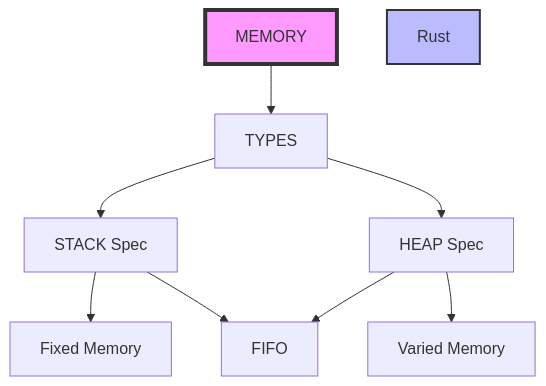
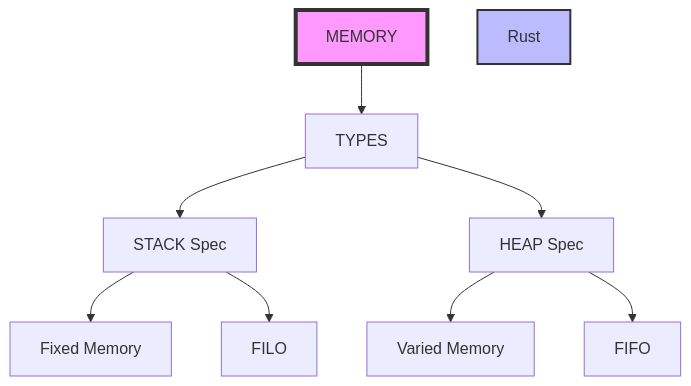
Before and after one commit to molix2000/rst-2026: the diagram in README.md, drawn with Mermaid.

Commit message:
Test change specific.

````diff
--- a/README.md
+++ b/README.md
@@ -11,21 +11,21 @@
 ```mermaid
 
 flowchart TD;
 
 
     ReadMe[MEMORY] --> MEMRef
     MEMRef[TYPES]
     
     
     MEMRef --> STACK[STACK Spec]
     MEMRef --> HEAP[HEAP Spec]
 
     STACK --> FM[Fixed Memory]
     HEAP --> VM[Varied Memory]
-    STACK --> ORD[FILO]
-    HEAP --> ORD[FIFO]
+    STACK --> ORDL[FILO]
+    HEAP --> ORDF[FIFO]
 
     style ReadMe fill:#f9f,stroke:#333,stroke-width:4px
     style Rust fill:#bbf,stroke:#333,stroke-width:2px
 
 ```
````
